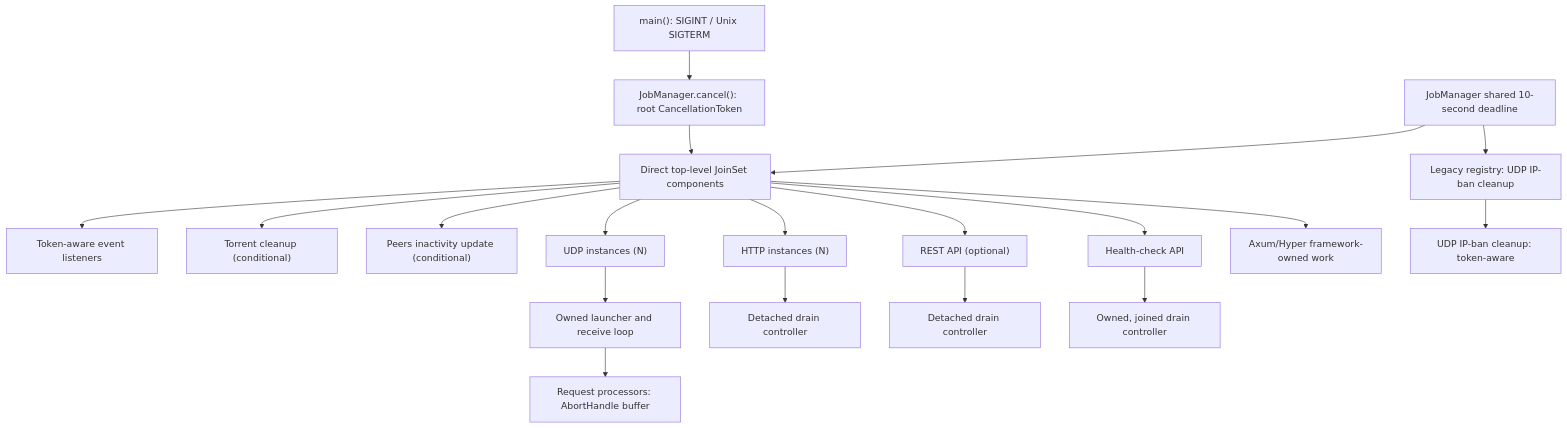
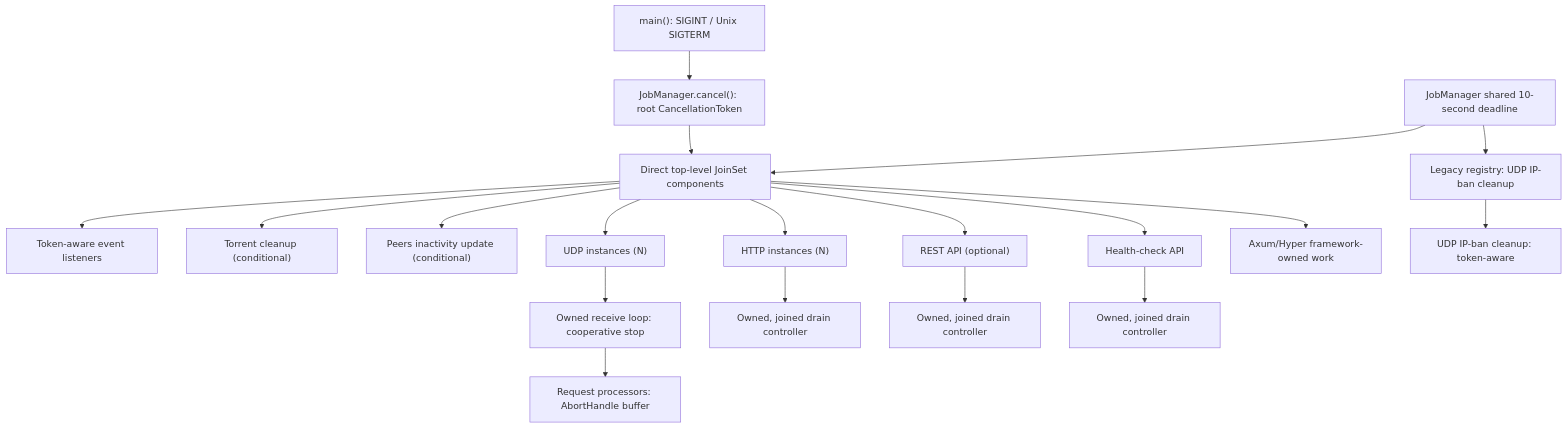
One commit to torrust/torrust-tracker changed the diagram in docs/features/shutdown-process/task-inventory.md. Above: the diagram before and after it, drawn with Mermaid. The commit also changed other lines of this file and 3 other files, not shown here.

````diff
--- a/docs/features/shutdown-process/task-inventory.md
+++ b/docs/features/shutdown-process/task-inventory.md
@@ -69,21 +68,21 @@
 ```mermaid
 flowchart TD
     main["main(): SIGINT / Unix SIGTERM"] --> cancel["JobManager.cancel(): root CancellationToken"]
     cancel --> direct["Direct top-level JoinSet components"]
     direct --> listeners["Token-aware event listeners"]
     direct --> cleanup["Torrent cleanup (conditional)"]
     direct --> inactivity["Peers inactivity update (conditional)"]
     direct --> udp["UDP instances (N)"]
-    udp --> udpLauncher["Owned launcher and receive loop"]
-    udpLauncher --> udpRequests["Request processors: AbortHandle buffer"]
+    udp --> udpLoop["Owned receive loop: cooperative stop"]
+    udpLoop --> udpRequests["Request processors: AbortHandle buffer"]
     direct --> http["HTTP instances (N)"]
-    http --> httpController["Detached drain controller"]
+    http --> httpController["Owned, joined drain controller"]
     direct --> rest["REST API (optional)"]
-    rest --> restController["Detached drain controller"]
+    rest --> restController["Owned, joined drain controller"]
     direct --> health["Health-check API"]
     health --> healthController["Owned, joined drain controller"]
     direct --> framework["Axum/Hyper framework-owned work"]
     manager["JobManager shared 10-second deadline"] --> direct
     manager --> legacy["Legacy registry: UDP IP-ban cleanup"]
     legacy --> ban["UDP IP-ban cleanup: token-aware"]
 ```
````
